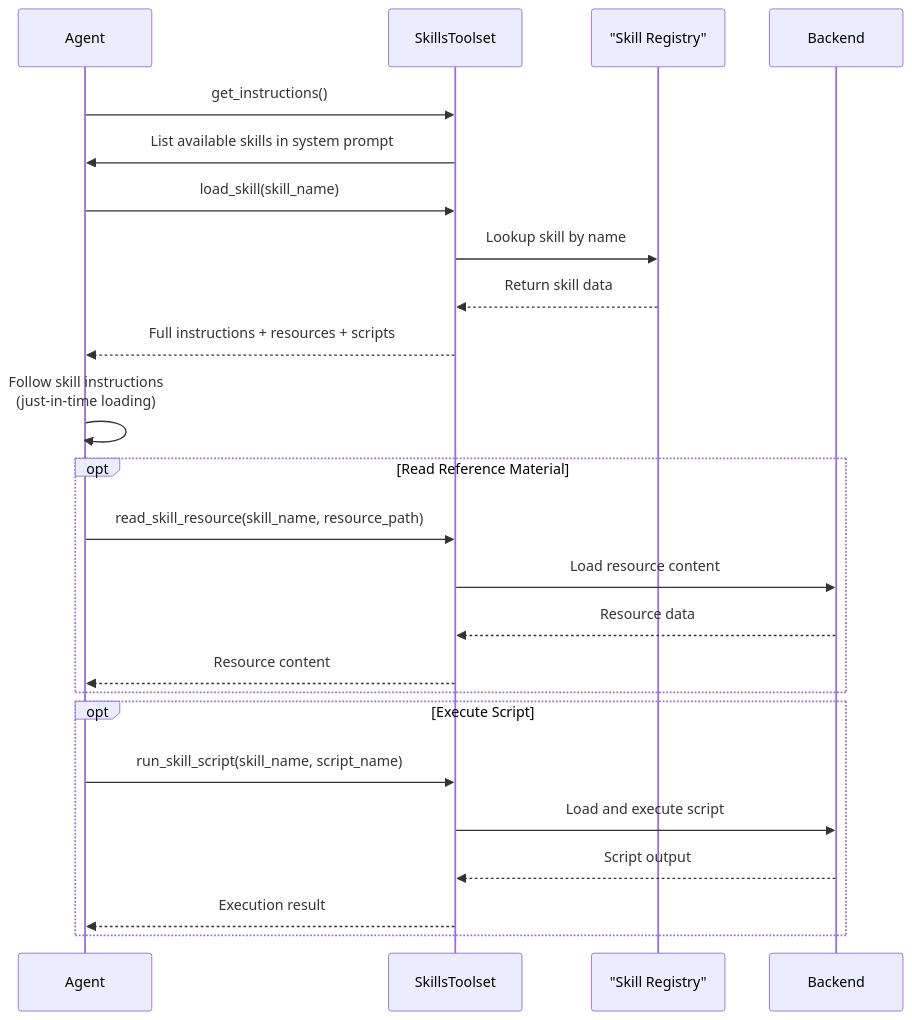
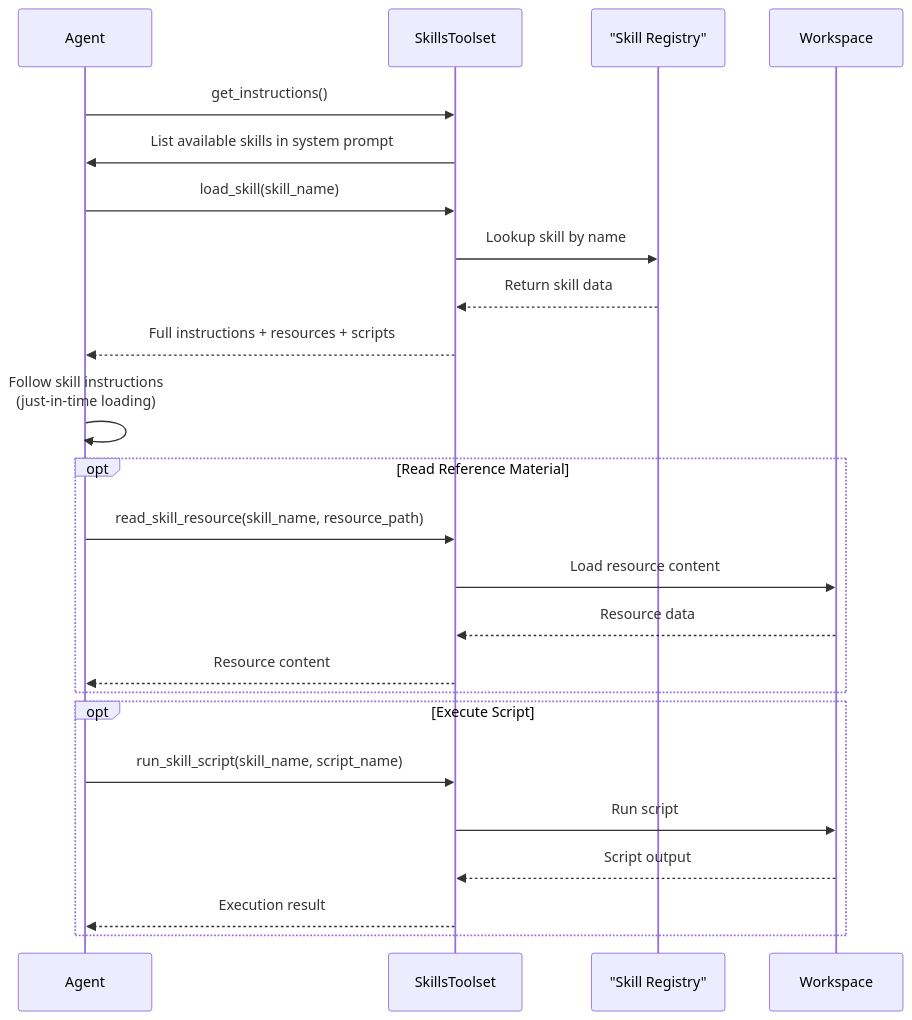
One commit to vstorm-co/pydantic-deepagents changed the sixth of 9 diagrams in docs/c4/3-workflow-overview.md. Above: the diagram before and after it, drawn with Mermaid. The commit also changed other lines of this file and 68 other files, not shown here.

````diff
--- a/docs/c4/3-workflow-overview.md
+++ b/docs/c4/3-workflow-overview.md
@@ -260,31 +260,31 @@
 ```mermaid
 sequenceDiagram
     participant Agent
     participant SkillsToolset
     participant SkillRegistry as "Skill Registry"
-    participant Backend
+    participant Workspace
 
     Agent->>SkillsToolset: get_instructions()
     SkillsToolset->>Agent: List available skills in system prompt
 
     Agent->>SkillsToolset: load_skill(skill_name)
     SkillsToolset->>SkillRegistry: Lookup skill by name
     SkillRegistry-->>SkillsToolset: Return skill data
     SkillsToolset-->>Agent: Full instructions + resources + scripts
 
     Agent->>Agent: Follow skill instructions<br/>(just-in-time loading)
 
     opt Read Reference Material
         Agent->>SkillsToolset: read_skill_resource(skill_name, resource_path)
-        SkillsToolset->>Backend: Load resource content
-        Backend-->>SkillsToolset: Resource data
+        SkillsToolset->>Workspace: Load resource content
+        Workspace-->>SkillsToolset: Resource data
         SkillsToolset-->>Agent: Resource content
     end
 
     opt Execute Script
         Agent->>SkillsToolset: run_skill_script(skill_name, script_name)
-        SkillsToolset->>Backend: Load and execute script
-        Backend-->>SkillsToolset: Script output
+        SkillsToolset->>Workspace: Run script
+        Workspace-->>SkillsToolset: Script output
         SkillsToolset-->>Agent: Execution result
     end
 ```
````
